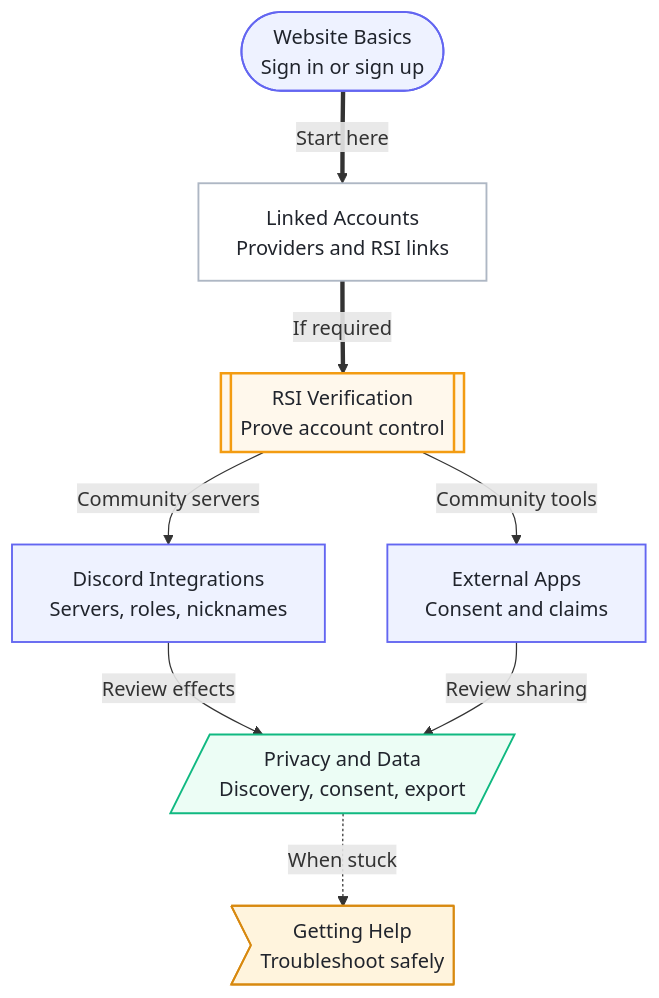
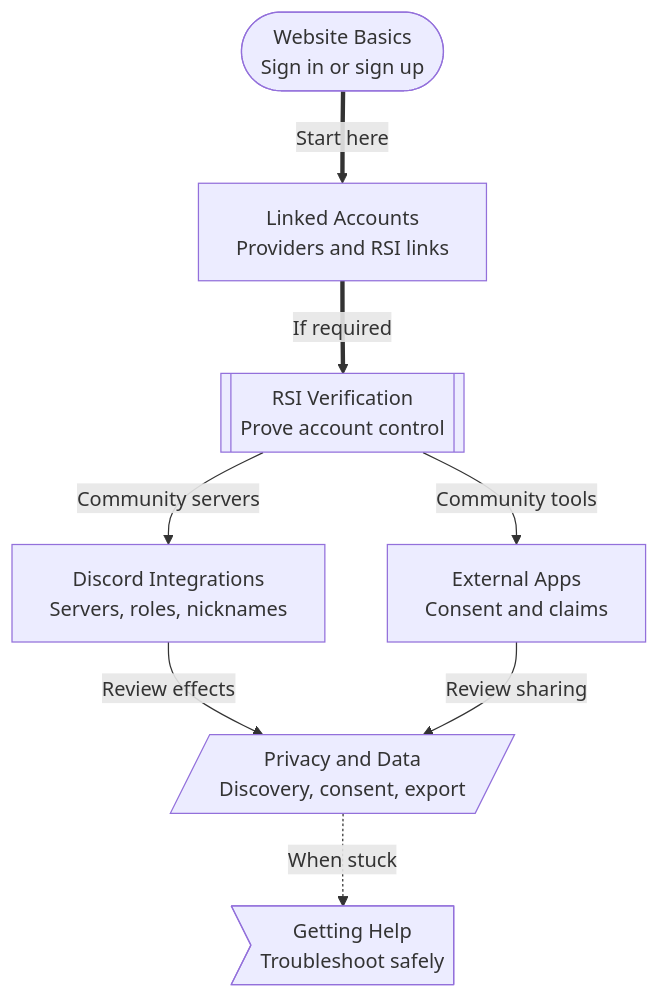
The diagram in docs/players/index.md (ArkanisCorporation/CitizenId-docs), drawn with Mermaid before and after one commit. The commit also changed 7 other files, not shown here.

Commit message:
refactor: centralise diagram styling

````diff
--- a/docs/players/index.md
+++ b/docs/players/index.md
@@ -17,29 +17,24 @@
 ```mermaid
 flowchart TD
   website(["Website Basics<br/>Sign in or sign up"])
   accounts["Linked Accounts<br/>Providers and RSI links"]
   rsi[["RSI Verification<br/>Prove account control"]]
   discord["Discord Integrations<br/>Servers, roles, nicknames"]
   apps["External Apps<br/>Consent and claims"]
   privacy[/"Privacy and Data<br/>Discovery, consent, export"/]
   support>Getting Help<br/>Troubleshoot safely]
 
   website ==>|Start here| accounts
   accounts ==>|If required| rsi
   rsi -->|"Community servers"| discord
   rsi -->|"Community tools"| apps
   discord -->|"Review effects"| privacy
   apps -->|"Review sharing"| privacy
   privacy -. "When stuck" .-> support
 
-  classDef context fill:#eef2ff,stroke:#6366f1,color:#20242c,stroke-width:1.5px;
-  classDef action fill:#ffffff,stroke:#aeb7c4,color:#20242c,stroke-width:1.5px;
-  classDef service fill:#fff8ec,stroke:#F39C12,color:#20242c,stroke-width:2px;
-  classDef data fill:#ecfdf5,stroke:#10b981,color:#20242c,stroke-width:1.5px;
-  classDef caution fill:#fff4dd,stroke:#d8890f,color:#20242c,stroke-width:1.5px;
   class website,discord,apps context;
   class accounts action;
   class rsi service;
   class privacy data;
   class support caution;
 ```
````
